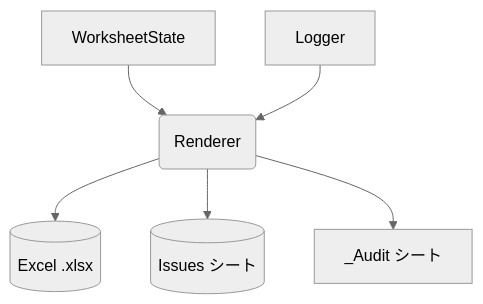
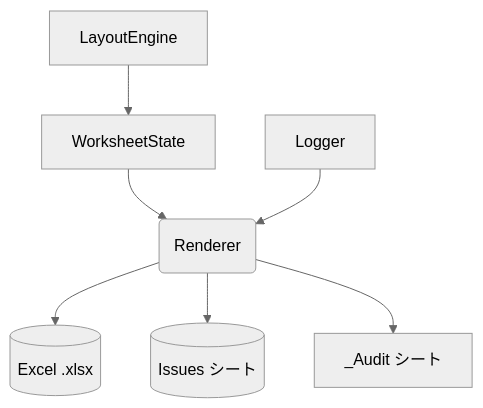
The diagram in Design/Renderer/Renderer_DetailDesign.md (ssaattww/ExcelReport), drawn with Mermaid (neutral theme) before and after one commit. The commit also changed other lines of this file, not shown here.

Commit message:
docs: Update Renderer detail design

````diff
--- a/Design/Renderer/Renderer_DetailDesign.md
+++ b/Design/Renderer/Renderer_DetailDesign.md
@@ -47,8 +46,9 @@
 ```mermaid
 flowchart TD
-    WS[WorksheetState] --> R(Renderer)
-    Logger --> R
+    LE[LayoutEngine] --> WS[WorksheetState]
+    WS --> R(Renderer)
+    LOG[Logger] --> R
     R --> XLSX[(Excel .xlsx)]
     R --> IssuesSheet[(Issues シート)]
     R --> AuditSheet[_Audit シート]
 ```
````
